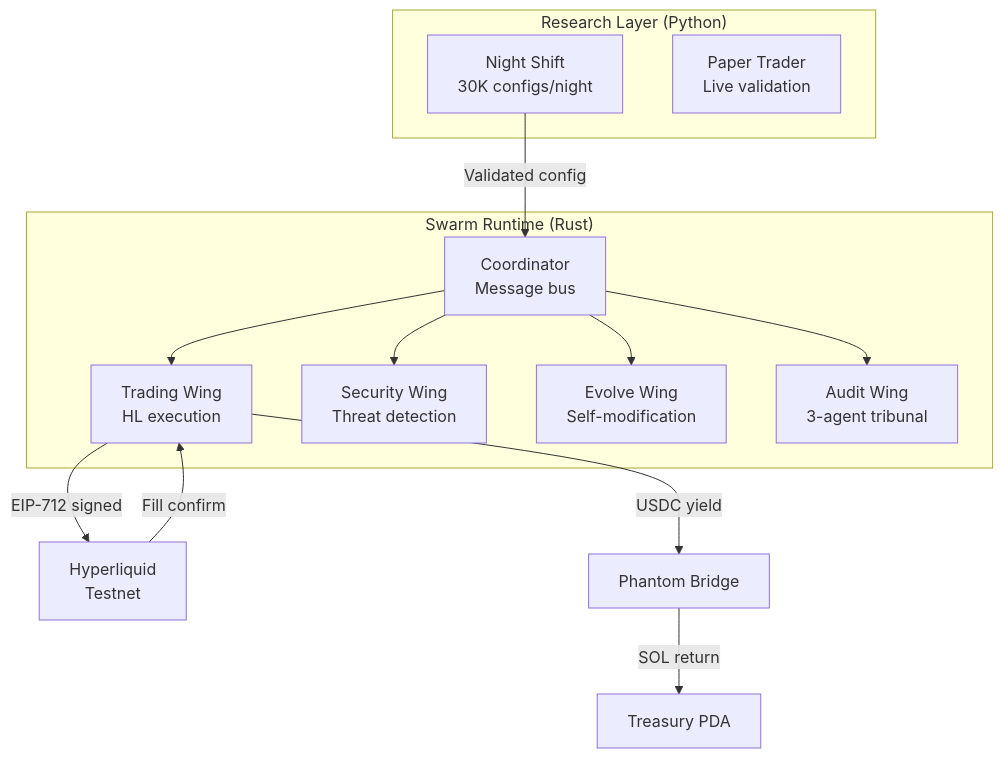
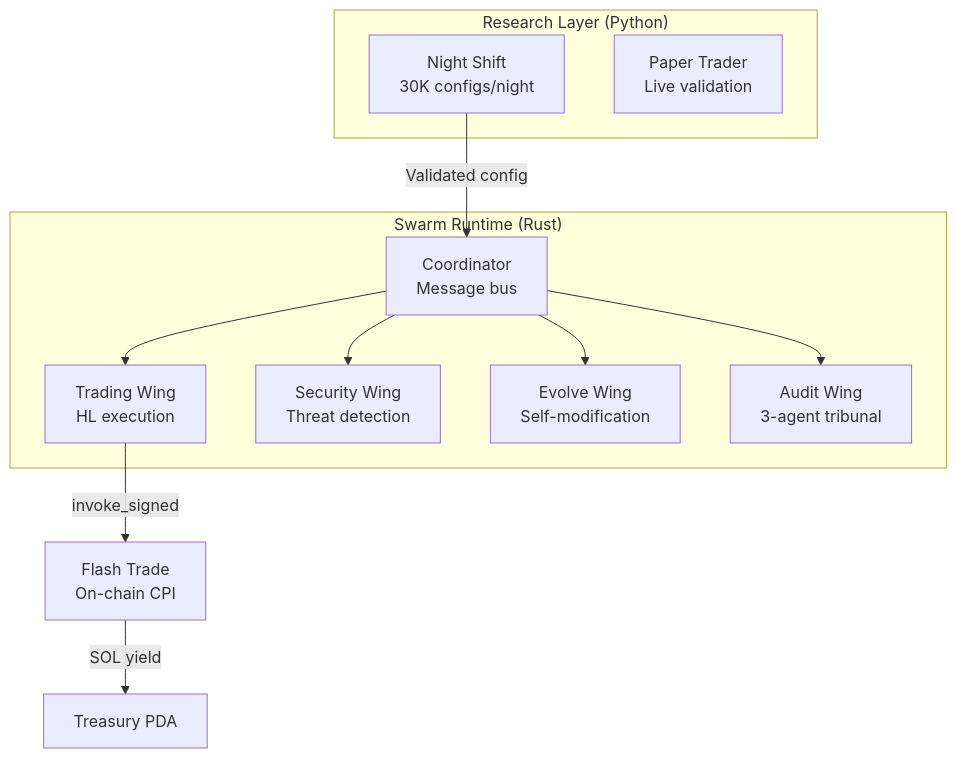
The diagram in dashboard/content/docs/architecture/swarm-execution.mdx (tradewife/resilient-token-protocol), drawn with Mermaid before and after one commit. The commit also changed other lines of this file and 59 other files, not shown here.

First line of the commit message:
feat: Flash Trade CPI integration + audit fixes + CI re-enable (#1)

````diff
--- a/dashboard/content/docs/architecture/swarm-execution.mdx
+++ b/dashboard/content/docs/architecture/swarm-execution.mdx
@@ -10,26 +10,24 @@
 ```mermaid
 flowchart TB
     subgraph "Research Layer (Python)"
         NS[Night Shift<br/>30K configs/night]
         PT[Paper Trader<br/>Live validation]
     end
 
     subgraph "Swarm Runtime (Rust)"
         COORD[Coordinator<br/>Message bus]
         TW[Trading Wing<br/>HL execution]
         SW[Security Wing<br/>Threat detection]
         EW[Evolve Wing<br/>Self-modification]
         AW[Audit Wing<br/>3-agent tribunal]
     end
 
     NS -->|Validated config| COORD
     COORD --> TW
     COORD --> SW
     COORD --> EW
     COORD --> AW
 
-    TW -->|EIP-712 signed| HL[Hyperliquid<br/>Testnet]
-    HL -->|Fill confirm| TW
-    TW -->|USDC yield| BR[Phantom Bridge]
-    BR -->|SOL return| TPDA[Treasury PDA]
+    TW -->|invoke_signed| FT[Flash Trade<br/>On-chain CPI]
+    FT -->|SOL yield| TPDA[Treasury PDA]
 ```
````
